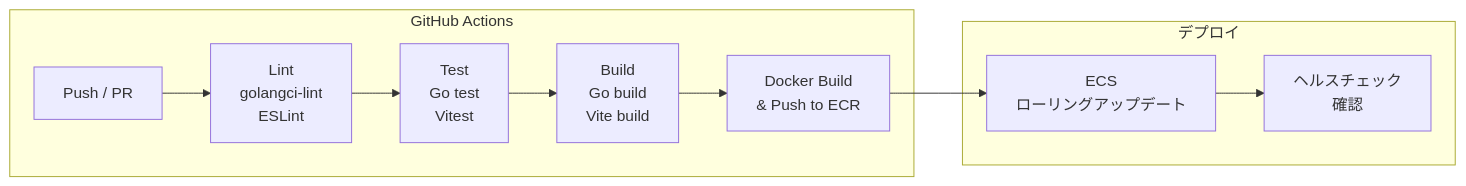
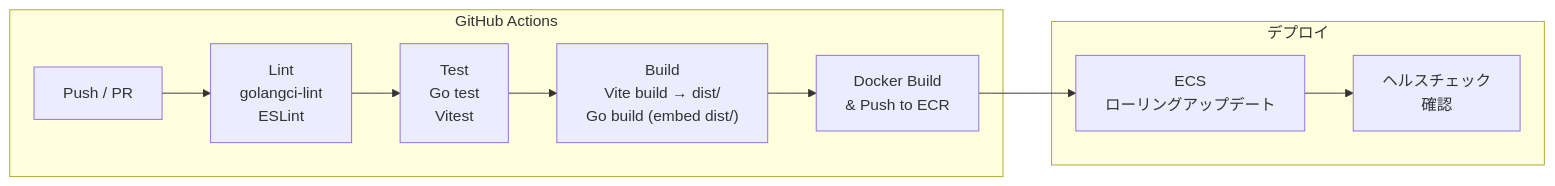
Before and after one commit to atsuro128/dev-journal: the sixth of 7 diagrams in deliverables/docs/30_arch/diagrams.md, drawn with Mermaid. The commit also changed other lines of this file and 8 other files, not shown here.

````diff
--- a/deliverables/docs/30_arch/diagrams.md
+++ b/deliverables/docs/30_arch/diagrams.md
@@ -188,14 +189,14 @@
 ```mermaid
 graph LR
     subgraph CI["GitHub Actions"]
         A["Push / PR"] --> B["Lint<br/>golangci-lint<br/>ESLint"]
         B --> C["Test<br/>Go test<br/>Vitest"]
-        C --> D["Build<br/>Go build<br/>Vite build"]
+        C --> D["Build<br/>Vite build → dist/<br/>Go build (embed dist/)"]
         D --> E["Docker Build<br/>& Push to ECR"]
     end
 
     subgraph CD["デプロイ"]
         E --> F["ECS<br/>ローリングアップデート"]
         F --> G["ヘルスチェック<br/>確認"]
     end
 ```
````
